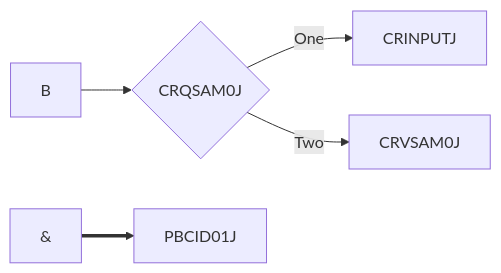
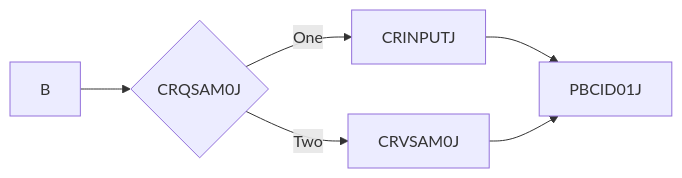
One commit to emreakdik/Cobol_Bootcamp changed the diagram in week_3/README.MD. Above: the diagram before and after it, drawn with Mermaid.

````diff
--- a/week_3/README.MD
+++ b/week_3/README.MD
@@ -1,7 +1,6 @@
 ```mermaid
 graph LR
   B --> C{CRQSAM0J}
-  C -->|One| D[CRINPUTJ]
-  C -->|Two| E[CRVSAM0J]
-    & ==> A[PBCID01J]
+  C -->|One| D[CRINPUTJ] --> A[PBCID01J]
+  C -->|Two| E[CRVSAM0J] --> A[PBCID01J]
 ```
````
